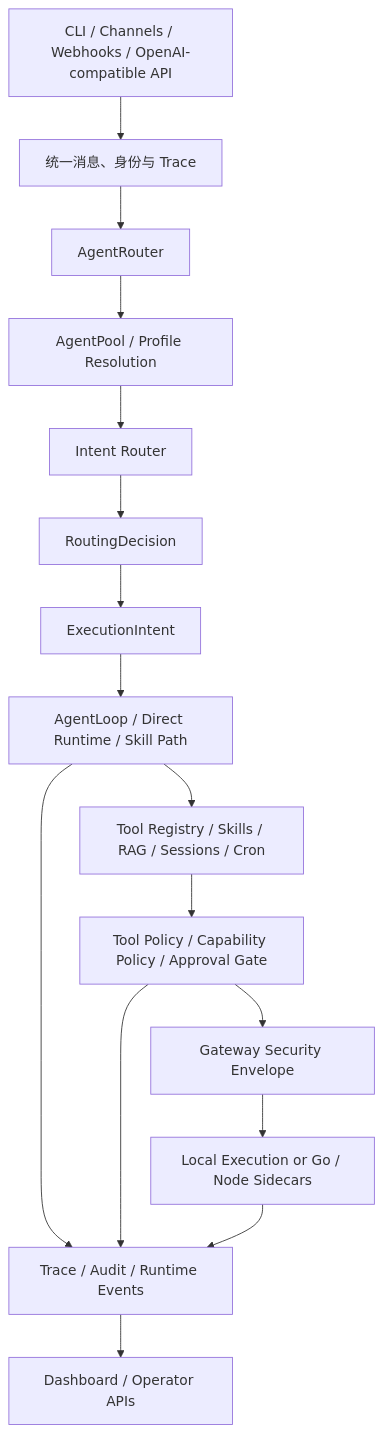
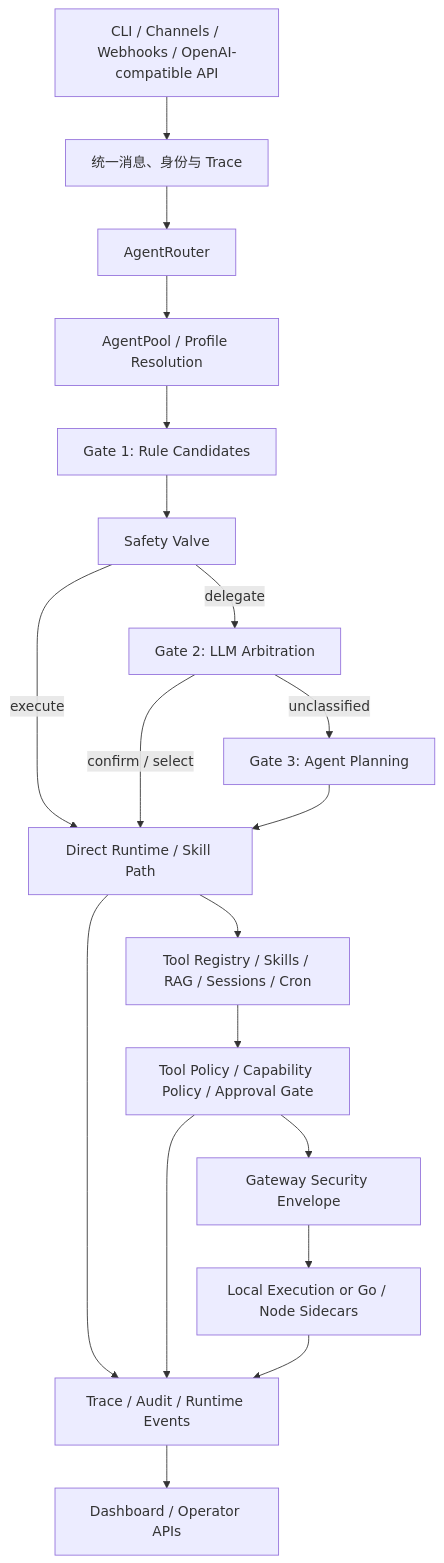
Before and after one commit to ZachCharles666/zen-claw: the first of 3 diagrams in docs/architecture-and-design-principles.md, drawn with Mermaid. The commit also changed other lines of this file and 1 other file, not shown here.

Commit message:
docs: document b1.58-inspired architecture

````diff
--- a/docs/architecture-and-design-principles.md
+++ b/docs/architecture-and-design-principles.md
@@ -21,20 +21,23 @@
 ```mermaid
 flowchart TD
     A["CLI / Channels / Webhooks / OpenAI-compatible API"] --> B["统一消息、身份与 Trace"]
     B --> C["AgentRouter"]
     C --> D["AgentPool / Profile Resolution"]
-    D --> E["Intent Router"]
-    E --> F["RoutingDecision"]
-    F --> G["ExecutionIntent"]
-    G --> H["AgentLoop / Direct Runtime / Skill Path"]
+    D --> E["Gate 1: Rule Candidates"]
+    E --> F["Safety Valve"]
+    F -- "execute" --> H["Direct Runtime / Skill Path"]
+    F -- "delegate" --> G["Gate 2: LLM Arbitration"]
+    G -- "confirm / select" --> H
+    G -- "unclassified" --> G3["Gate 3: Agent Planning"]
+    G3 --> H
 
     H --> I["Tool Registry / Skills / RAG / Sessions / Cron"]
     I --> J["Tool Policy / Capability Policy / Approval Gate"]
     J --> K["Gateway Security Envelope"]
     K --> L["Local Execution or Go / Node Sidecars"]
 
     H --> M["Trace / Audit / Runtime Events"]
     J --> M
     L --> M
     M --> N["Dashboard / Operator APIs"]
 ```
````
